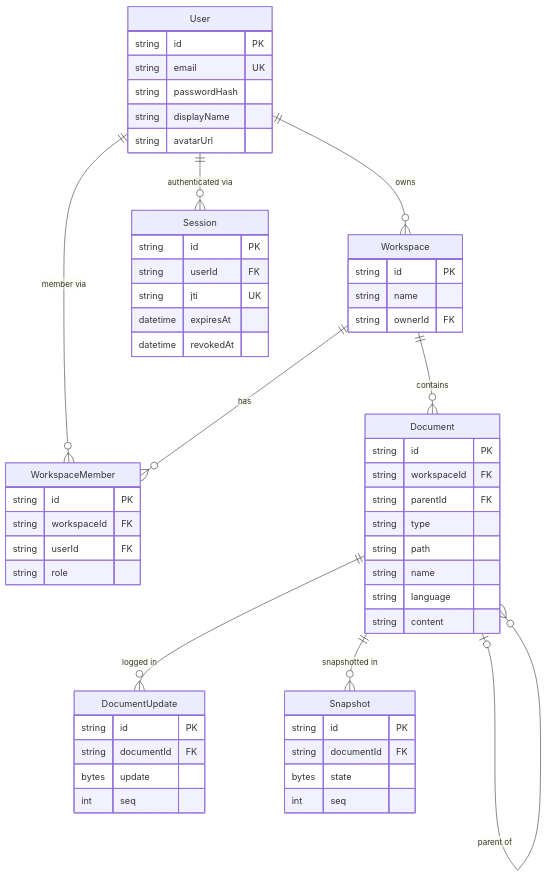
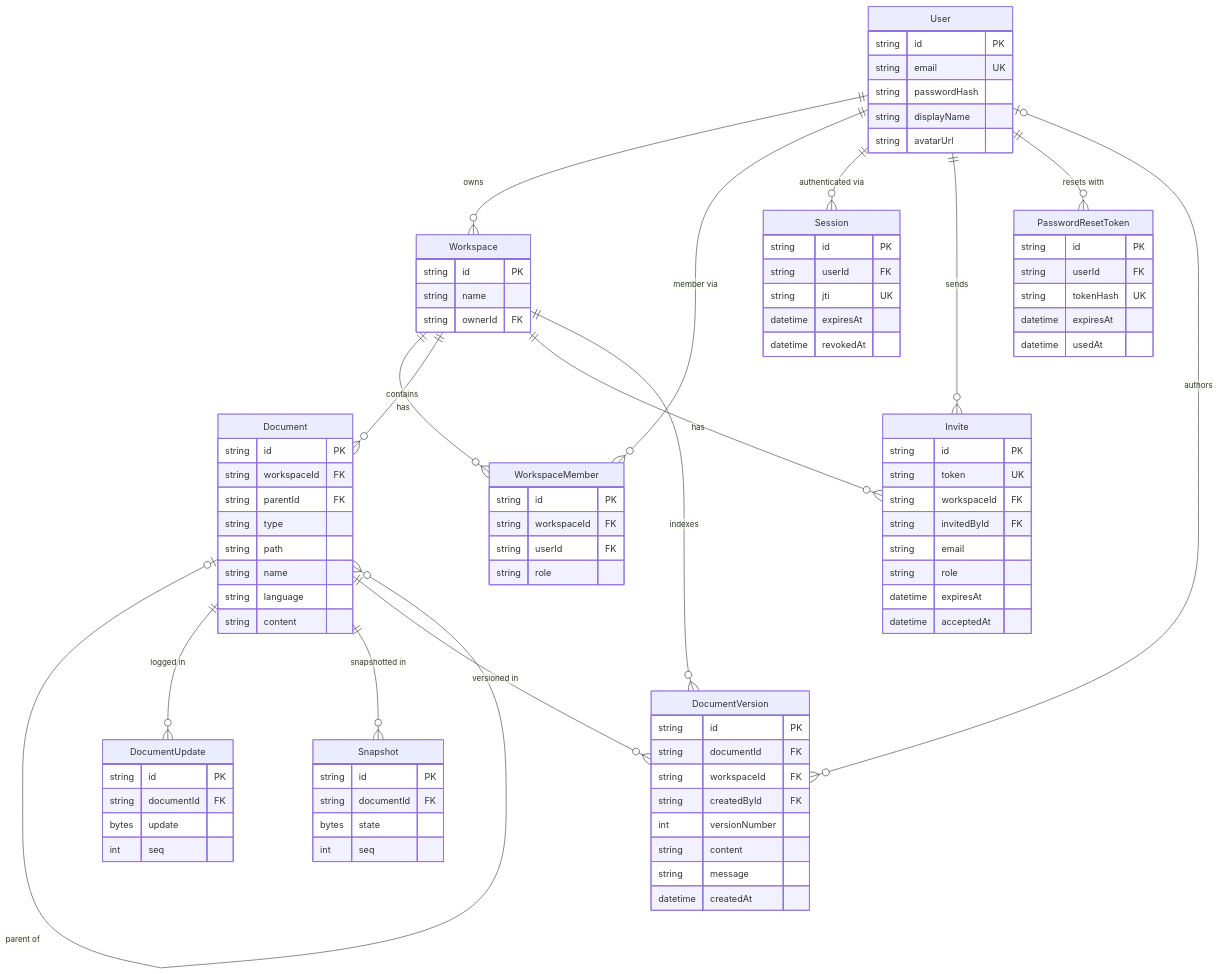
The ninth of 10 diagrams in docs/architecture.md (santinomarial/Meridian), drawn with Mermaid before and after one commit. The commit also changed other lines of this file and 1 other file, not shown here.

Commit message:
Update architecture and scaling docs for persistence and shutdown model

````diff
--- a/docs/architecture.md
+++ b/docs/architecture.md
@@ -347,13 +347,46 @@
         datetime expiresAt
         datetime revokedAt
     }
+    Invite {
+        string id PK
+        string token UK
+        string workspaceId FK
+        string invitedById FK
+        string email
+        string role
+        datetime expiresAt
+        datetime acceptedAt
+    }
+    PasswordResetToken {
+        string id PK
+        string userId FK
+        string tokenHash UK
+        datetime expiresAt
+        datetime usedAt
+    }
+    DocumentVersion {
+        string id PK
+        string documentId FK
+        string workspaceId FK
+        string createdById FK
+        int versionNumber
+        string content
+        string message
+        datetime createdAt
+    }
 
     User ||--o{ Workspace : "owns"
     User ||--o{ WorkspaceMember : "member via"
     User ||--o{ Session : "authenticated via"
+    User ||--o{ Invite : "sends"
+    User ||--o{ PasswordResetToken : "resets with"
+    User o|--o{ DocumentVersion : "authors"
     Workspace ||--o{ WorkspaceMember : "has"
     Workspace ||--o{ Document : "contains"
+    Workspace ||--o{ Invite : "has"
+    Workspace ||--o{ DocumentVersion : "indexes"
     Document o|--o{ Document : "parent of"
     Document ||--o{ DocumentUpdate : "logged in"
     Document ||--o{ Snapshot : "snapshotted in"
+    Document ||--o{ DocumentVersion : "versioned in"
 ```
````
